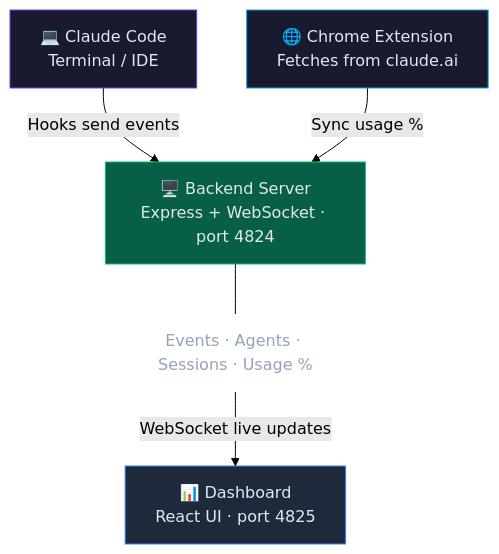
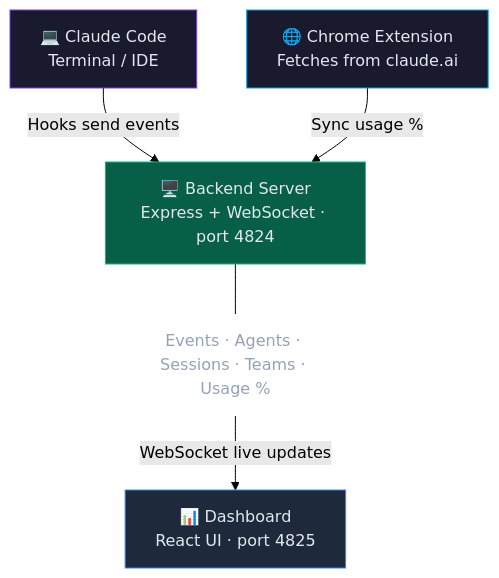
The diagram in README.md (suparerk9x/Oh-My-Claude), drawn with Mermaid (forest theme) before and after one commit. The commit also changed other lines of this file, not shown here.

````diff
--- a/README.md
+++ b/README.md
@@ -277,22 +336,22 @@
 ```mermaid
 flowchart TD
     CC["💻 Claude Code\nTerminal / IDE"]
     CE["🌐 Chrome Extension\nFetches from claude.ai"]
 
     CC -->|"Hooks send events"| BS
     CE -->|"Sync usage %"| BS
 
     BS["🖥️ Backend Server\nExpress + WebSocket · port 4824"]
 
-    BS --- Data["Events · Agents · Sessions · Usage %"]
+    BS --- Data["Events · Agents · Sessions · Teams · Usage %"]
 
     Data -->|"WebSocket live updates"| DB
 
     DB["📊 Dashboard\nReact UI · port 4825"]
 
     style CC fill:#1a1a2e,stroke:#7c3aed,color:#e2e8f0
     style CE fill:#1a1a2e,stroke:#0ea5e9,color:#e2e8f0
     style BS fill:#065f46,stroke:#10b981,color:#e2e8f0
     style Data fill:none,stroke:none,color:#94a3b8
     style DB fill:#1e293b,stroke:#3b82f6,color:#e2e8f0
 ```
````
